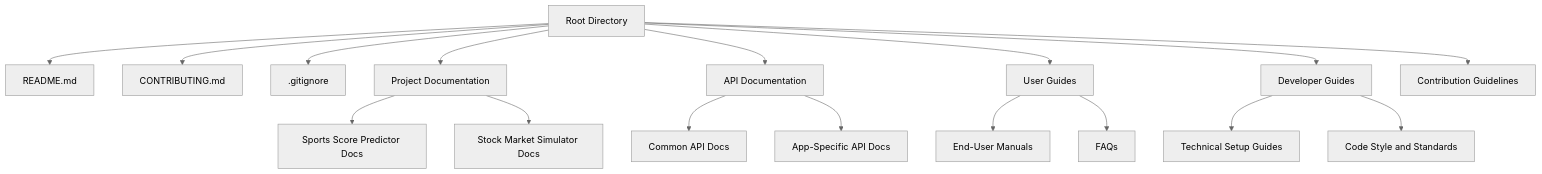
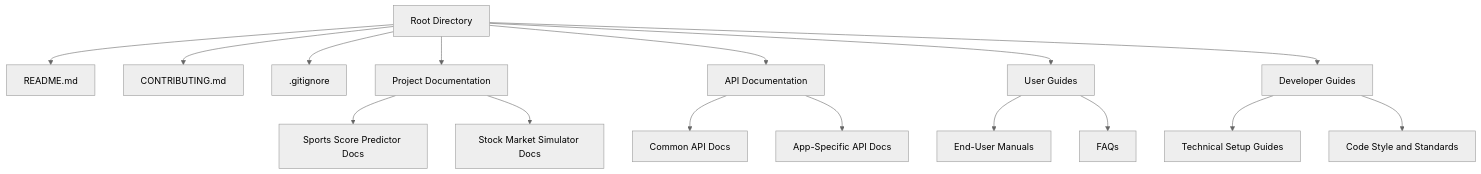
One commit to dock108/org-docs-and-guides changed the diagram in project-docs/documentation-config.md. Above: the diagram before and after it, drawn with Mermaid (neutral theme). The commit also changed other lines of this file, not shown here.

````diff
--- a/project-docs/documentation-config.md
+++ b/project-docs/documentation-config.md
@@ -3,23 +3,22 @@
 ```mermaid
 graph TD
     A[Root Directory] --> B[README.md]
     A --> C[CONTRIBUTING.md]
     A --> D[.gitignore]
     A --> E[Project Documentation]
     A --> F[API Documentation]
     A --> G[User Guides]
     A --> H[Developer Guides]
-    A --> I[Contribution Guidelines]
 
     E --> E1[Sports Score Predictor Docs]
     E --> E2[Stock Market Simulator Docs]
 
     F --> F1[Common API Docs]
     F --> F2[App-Specific API Docs]
 
     G --> G1[End-User Manuals]
     G --> G2[FAQs]
 
     H --> H1[Technical Setup Guides]
     H --> H2[Code Style and Standards]
 ```
````
